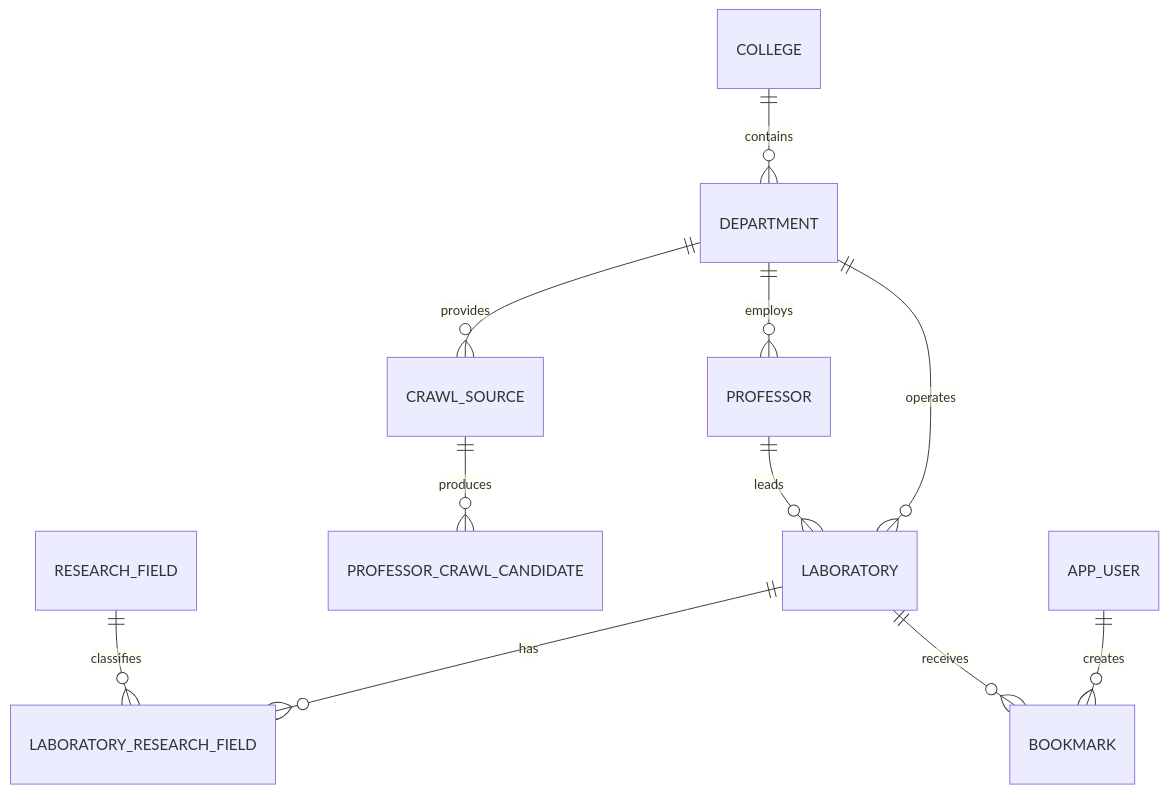
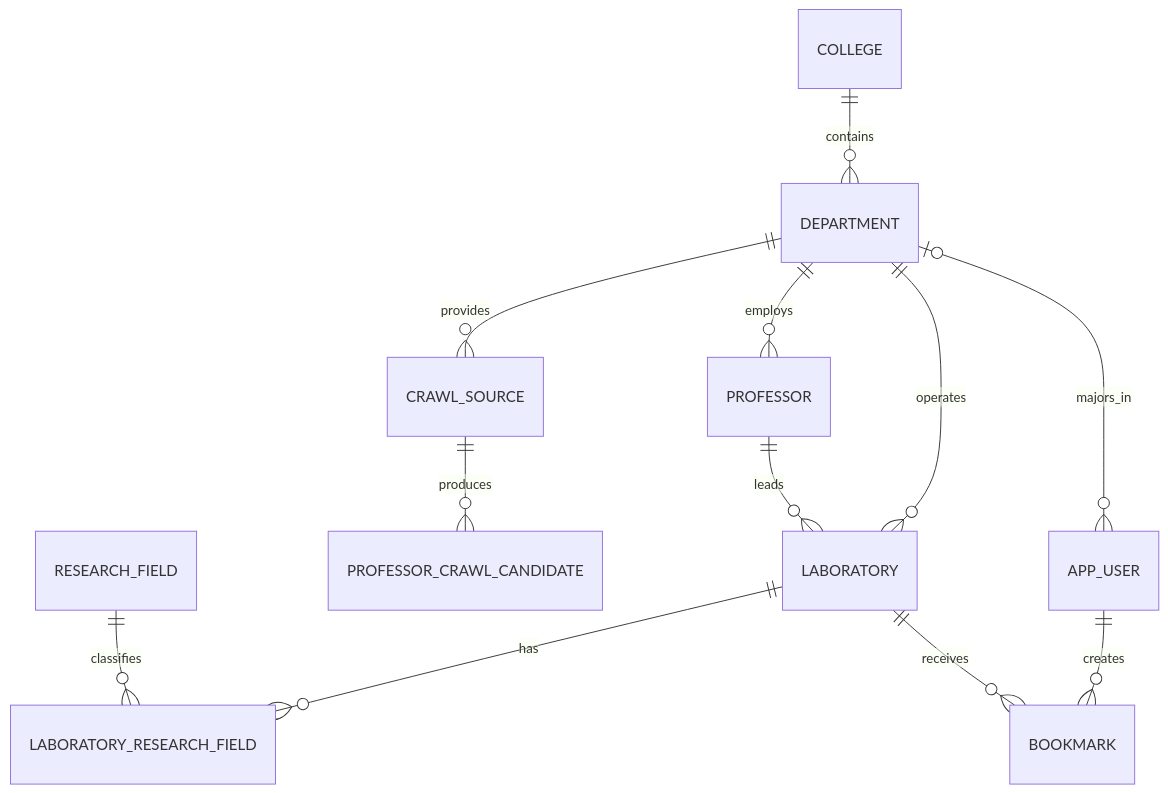
Before and after one commit to chaehyunL/SEBU-backend: the diagram in docs/erd.md, drawn with Mermaid. The commit also changed other lines of this file and 5 other files, not shown here.

````diff
--- a/docs/erd.md
+++ b/docs/erd.md
@@ -3,13 +3,14 @@
 ```mermaid
 erDiagram
     COLLEGE ||--o{ DEPARTMENT : contains
     DEPARTMENT ||--o{ PROFESSOR : employs
     DEPARTMENT ||--o{ LABORATORY : operates
     DEPARTMENT ||--o{ CRAWL_SOURCE : provides
     PROFESSOR ||--o{ LABORATORY : leads
     CRAWL_SOURCE ||--o{ PROFESSOR_CRAWL_CANDIDATE : produces
     LABORATORY ||--o{ LABORATORY_RESEARCH_FIELD : has
     RESEARCH_FIELD ||--o{ LABORATORY_RESEARCH_FIELD : classifies
+    DEPARTMENT o|--o{ APP_USER : majors_in
     APP_USER ||--o{ BOOKMARK : creates
     LABORATORY ||--o{ BOOKMARK : receives
 ```
````
